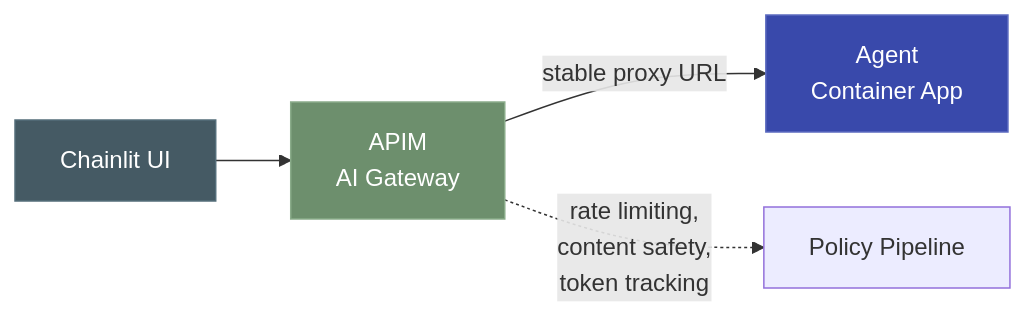
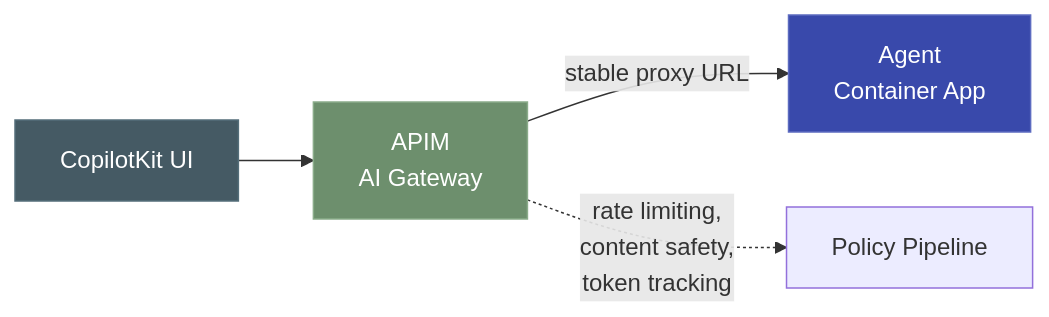
Before and after one commit to aldelar/azure-knowledge-base-ingestion: the seventh of 11 diagrams in README.md, drawn with Mermaid. The commit also changed other lines of this file and 145 other files, not shown here.

First line of the commit message:
feat: migrate web app from Chainlit to CopilotKit with AG-UI protocol (#24)

````diff
--- a/README.md
+++ b/README.md
@@ -270,10 +372,10 @@
 ```mermaid
 flowchart LR
-    CHAT["Chainlit UI"] --> APIM["APIM<br/>AI Gateway"]
+    CHAT["CopilotKit UI"] --> APIM["APIM<br/>AI Gateway"]
     APIM -->|"stable proxy URL"| AGENT["Agent<br/>Container App"]
     APIM -.->|"rate limiting,<br/>content safety,<br/>token tracking"| GOV["Policy Pipeline"]
 
     style CHAT fill:#455a64,stroke:#546e7a,color:#ffffff
     style APIM fill:#6d8f6d,stroke:#8aac8a,color:#ffffff
     style AGENT fill:#3949ab,stroke:#5c6bc0,color:#ffffff
 ```
````
